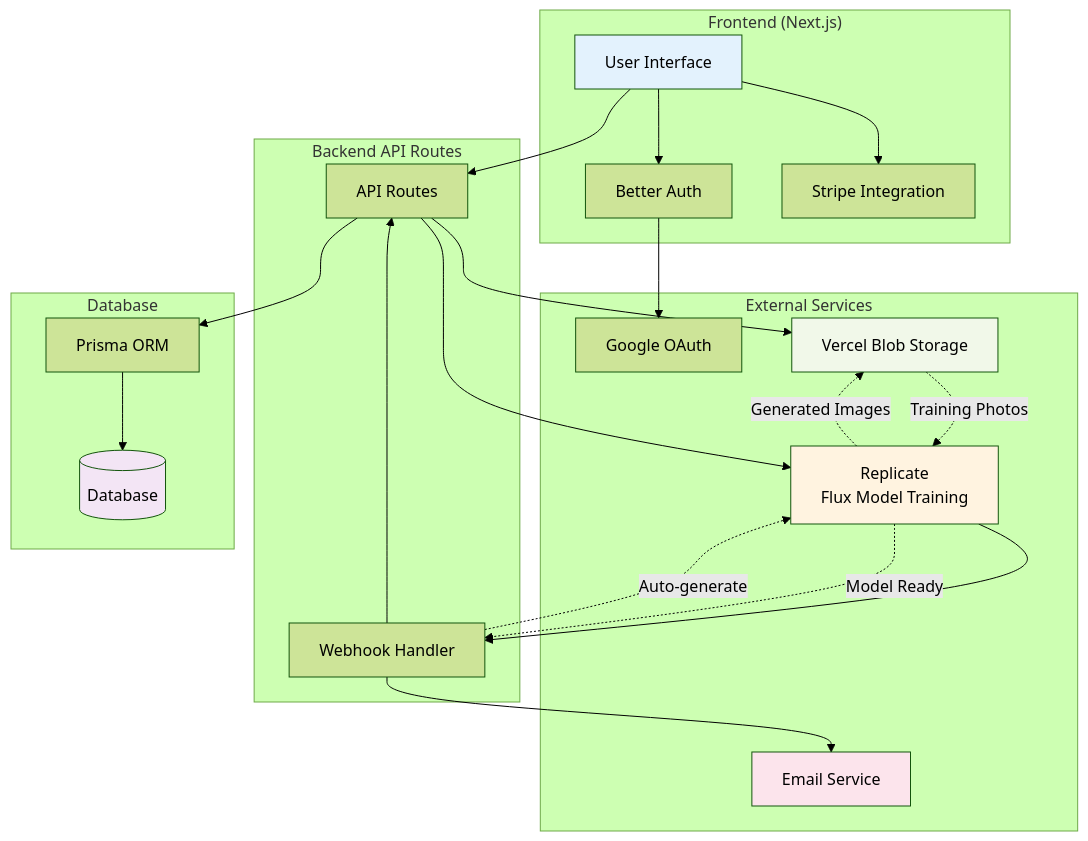
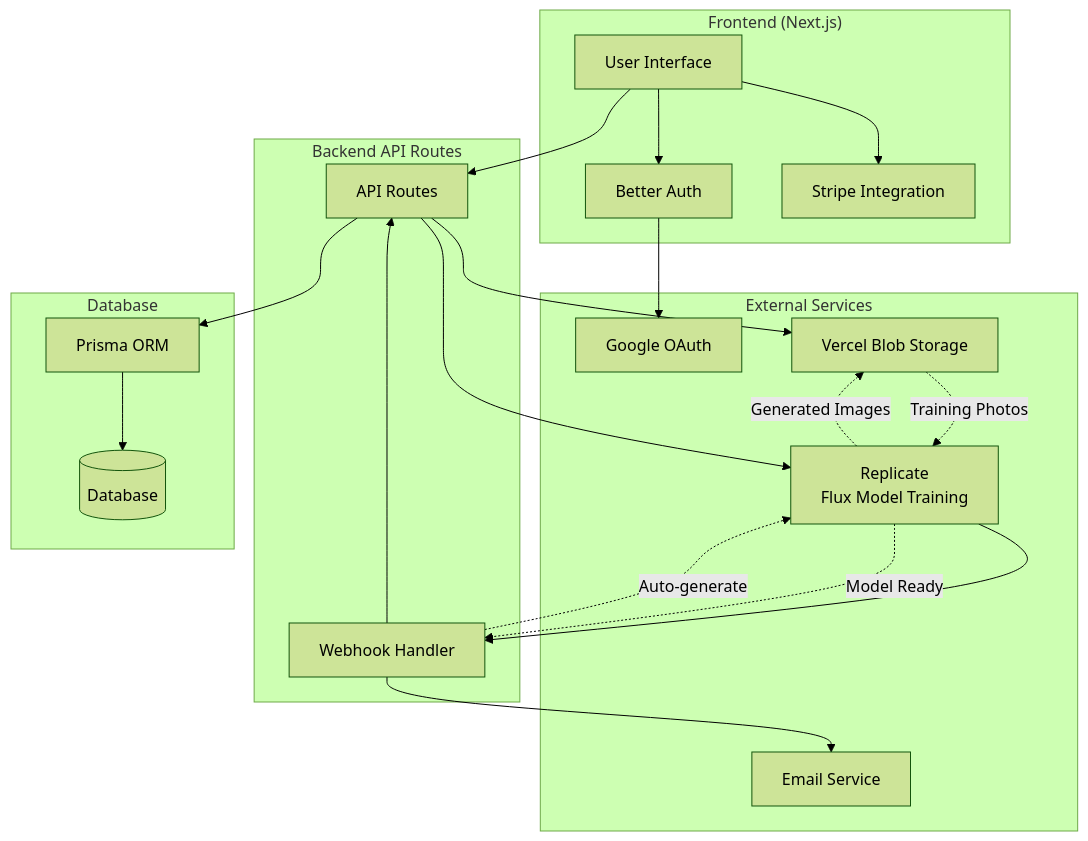
Before and after one commit to tomdekan/amazing_photos: the diagram in README.md, drawn with Mermaid (forest theme). The commit also changed other lines of this file, not shown here.

````diff
--- a/README.md
+++ b/README.md
@@ -125,50 +92,44 @@
 ```mermaid
 graph TB
     subgraph "Frontend (Next.js)"
         UI[User Interface]
         AUTH[Better Auth]
         STRIPE[Stripe Integration]
     end
     
     subgraph "Backend API Routes"
         API[API Routes]
         WEBHOOK[Webhook Handler]
     end
     
     subgraph "External Services"
         GOOGLE[Google OAuth]
         REPLICATE[Replicate<br/>Flux Model Training]
         BLOB[Vercel Blob Storage]
         EMAIL[Email Service]
     end
     
     subgraph "Database"
         PRISMA[Prisma ORM]
         DB[(Database)]
     end
     
     UI --> AUTH
     AUTH --> GOOGLE
     UI --> API
     API --> PRISMA
     PRISMA --> DB
     
     API --> BLOB
     API --> REPLICATE
     REPLICATE --> WEBHOOK
     WEBHOOK --> EMAIL
     WEBHOOK --> API
     
     UI --> STRIPE
     
     BLOB -.->|Training Photos| REPLICATE
     REPLICATE -.->|Model Ready| WEBHOOK
     WEBHOOK -.->|Auto-generate| REPLICATE
     REPLICATE -.->|Generated Images| BLOB
-    
-    style UI fill:#e3f2fd
-    style REPLICATE fill:#fff3e0
-    style BLOB fill:#f1f8e9
-    style EMAIL fill:#fce4ec
-    style DB fill:#f3e5f5
 ```
````
